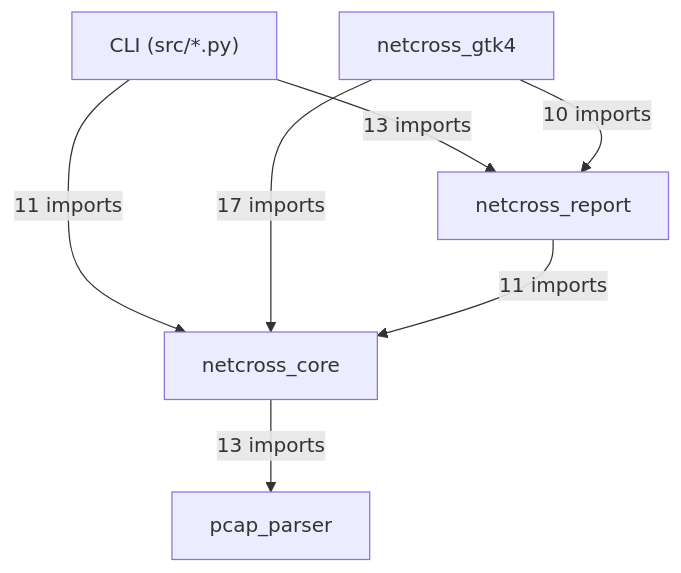
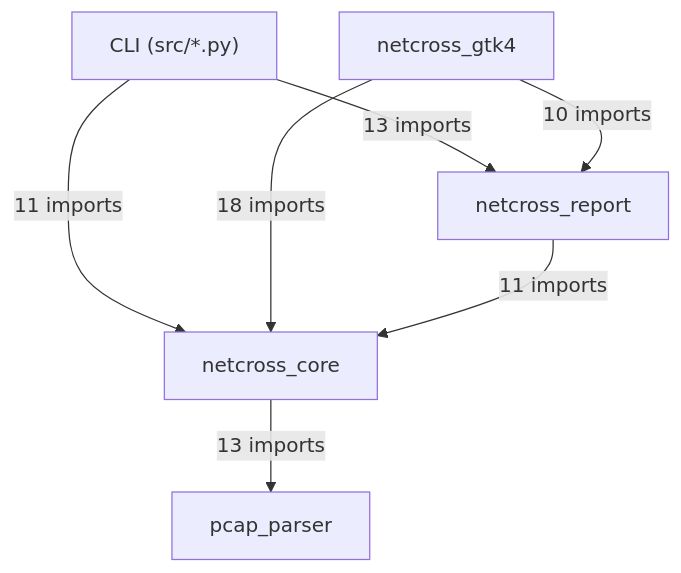
One commit to MathildeDec/Netcross changed the first of 10 diagrams in docs/class-diagram.md. Above: the diagram before and after it, drawn with Mermaid. The commit also changed other lines of this file and 2 other files, not shown here.

First line of the commit message:
style(#227): formatage ruff + diagramme de classes regenere

````diff
--- a/docs/class-diagram.md
+++ b/docs/class-diagram.md
@@ -26,14 +26,14 @@
 ```mermaid
 flowchart TD
     CLI["CLI (src/*.py)"]
     netcross_gtk4["netcross_gtk4"]
     netcross_report["netcross_report"]
     netcross_core["netcross_core"]
     pcap_parser["pcap_parser"]
     CLI -->|"13 imports"| netcross_report
     CLI -->|"11 imports"| netcross_core
     netcross_gtk4 -->|"10 imports"| netcross_report
-    netcross_gtk4 -->|"17 imports"| netcross_core
+    netcross_gtk4 -->|"18 imports"| netcross_core
     netcross_report -->|"11 imports"| netcross_core
     netcross_core -->|"13 imports"| pcap_parser
 ```
````
